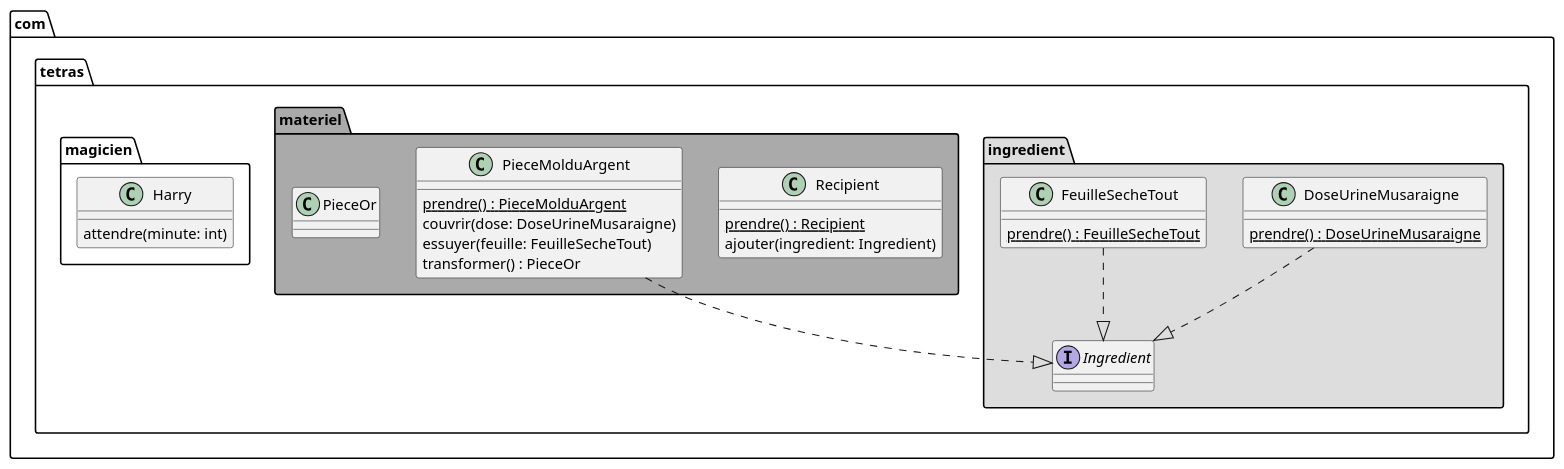
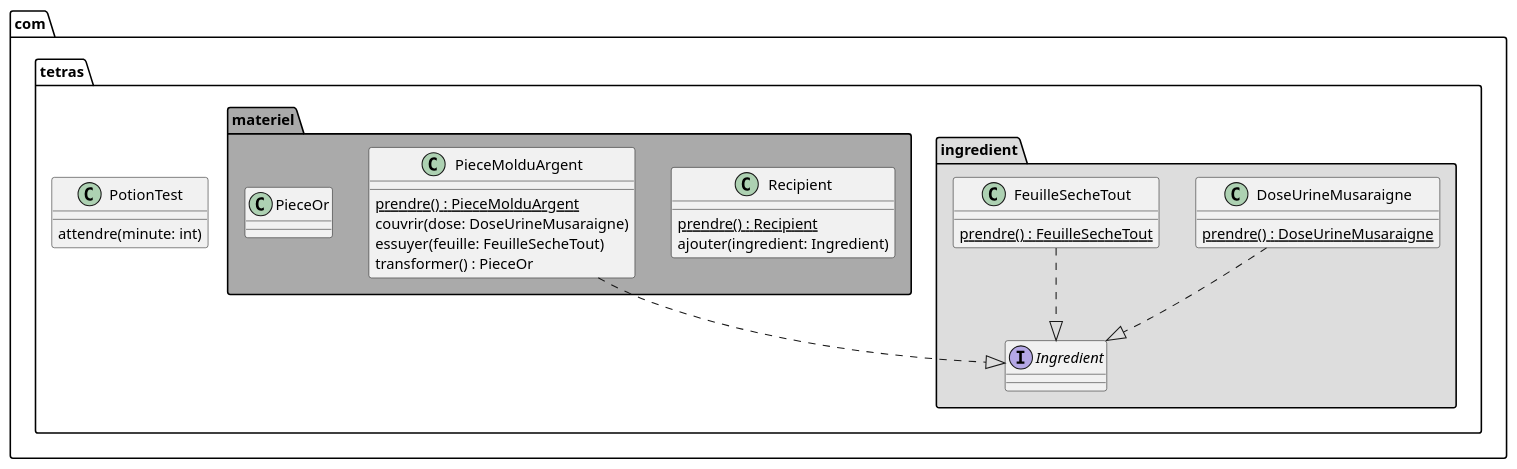
One commit to jandry/design-pattern changed the diagram in src/uml/facade.puml. Above: the diagram before and after it, drawn with PlantUML. The commit also changed 4 other files, not shown here.

```diff
--- a/src/uml/facade.puml
+++ b/src/uml/facade.puml
@@ -1,36 +1,36 @@
 @startuml Facade
 
 package com.tetras.ingredient #DDDDDD {
     interface Ingredient
     class DoseUrineMusaraigne {
         {static} prendre() : DoseUrineMusaraigne
     }
     class FeuilleSecheTout {
         {static} prendre() : FeuilleSecheTout
     }
 }
 
 package com.tetras.materiel #AAAAAA {
     class Recipient {
         {static} prendre() : Recipient
         ajouter(ingredient: Ingredient)
     }
     class PieceMolduArgent {
         {static} prendre() : PieceMolduArgent
         couvrir(dose: DoseUrineMusaraigne)
         essuyer(feuille: FeuilleSecheTout)
         transformer() : PieceOr
     }
     class PieceOr
 }
 
-package com.tetras.magicien #FFFFFF {
-    class Harry {
+package com.tetras #FFFFFF {
+    class PotionTest {
         attendre(minute: int)
     }
 }
 DoseUrineMusaraigne ..|> Ingredient
 FeuilleSecheTout ..|> Ingredient
 PieceMolduArgent ..|> Ingredient
 
 @enduml
```
